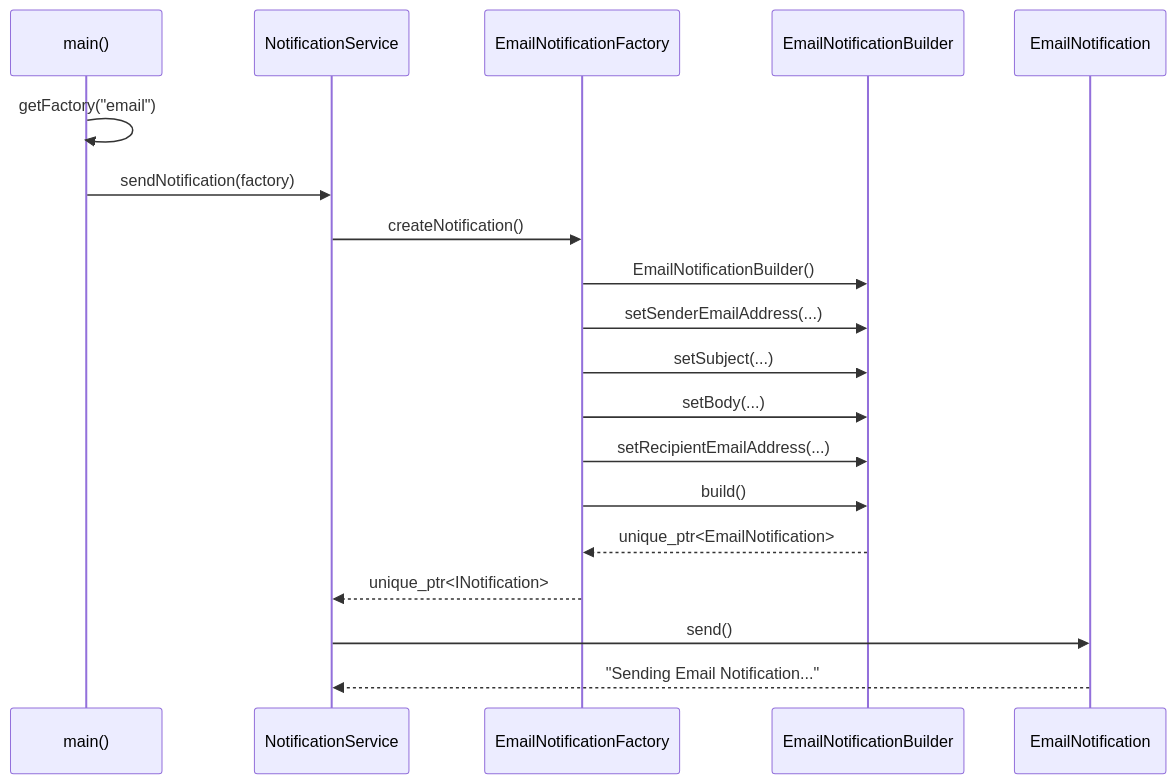
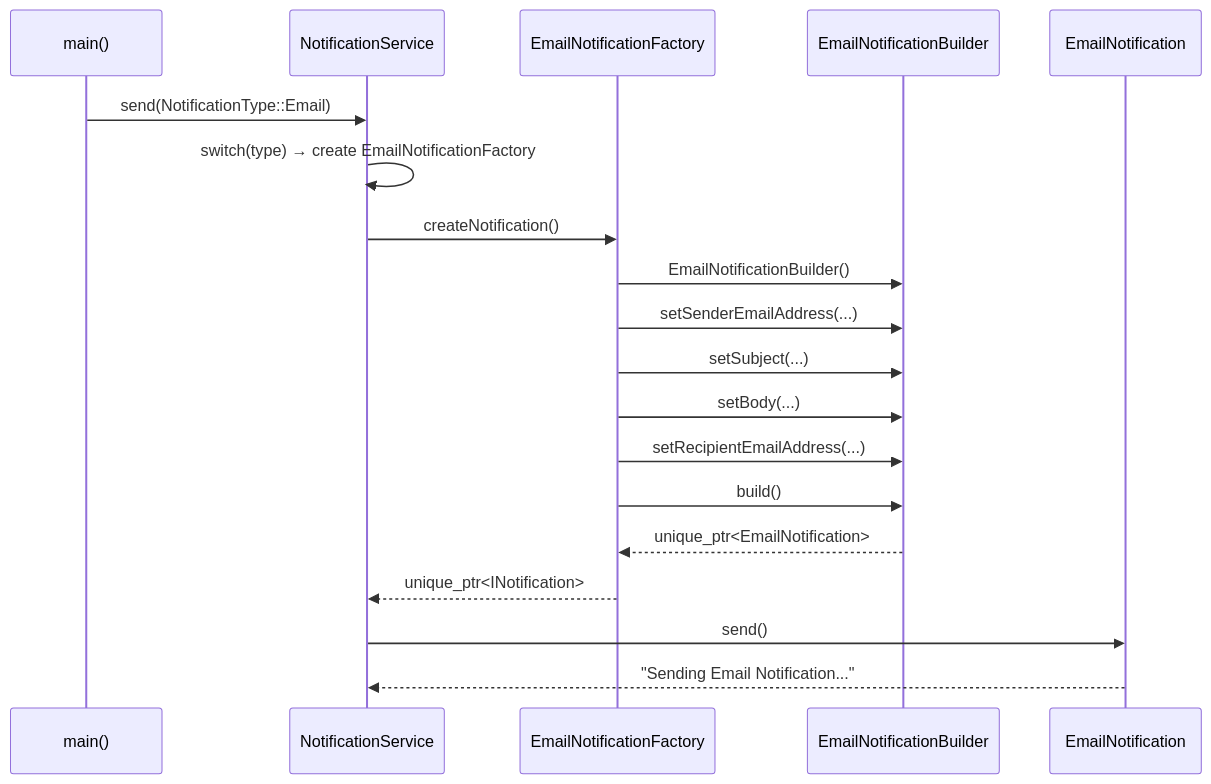
One commit to Pavan-Learning/my_cpp_program changed the second of 2 diagrams in creational_design_patterens/Factory_with_Builder_Notifcation_ex.md. Above: the diagram before and after it, drawn with Mermaid. The commit also changed other lines of this file and 1 other file, not shown here.

````diff
--- a/creational_design_patterens/Factory_with_Builder_Notifcation_ex.md
+++ b/creational_design_patterens/Factory_with_Builder_Notifcation_ex.md
@@ -116,22 +124,22 @@
 ```mermaid
 sequenceDiagram
     participant Client as main()
     participant Service as NotificationService
     participant Factory as EmailNotificationFactory
     participant Builder as EmailNotificationBuilder
     participant Notif as EmailNotification
 
-    Client->>Client: getFactory("email")
-    Client->>Service: sendNotification(factory)
+    Client->>Service: send(NotificationType::Email)
+    Service->>Service: switch(type) → create EmailNotificationFactory
     Service->>Factory: createNotification()
     Factory->>Builder: EmailNotificationBuilder()
     Factory->>Builder: setSenderEmailAddress(...)
     Factory->>Builder: setSubject(...)
     Factory->>Builder: setBody(...)
     Factory->>Builder: setRecipientEmailAddress(...)
     Factory->>Builder: build()
     Builder-->>Factory: unique_ptr<EmailNotification>
     Factory-->>Service: unique_ptr<INotification>
     Service->>Notif: send()
     Notif-->>Service: "Sending Email Notification..."
 ```
````
